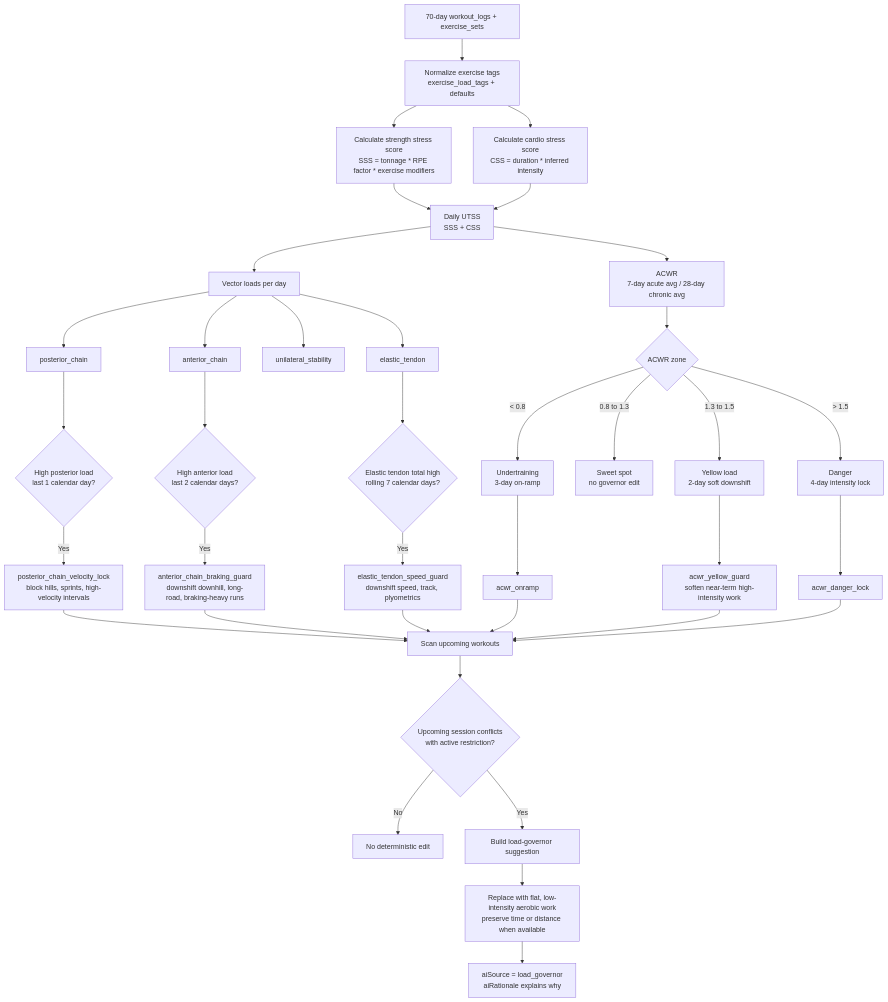
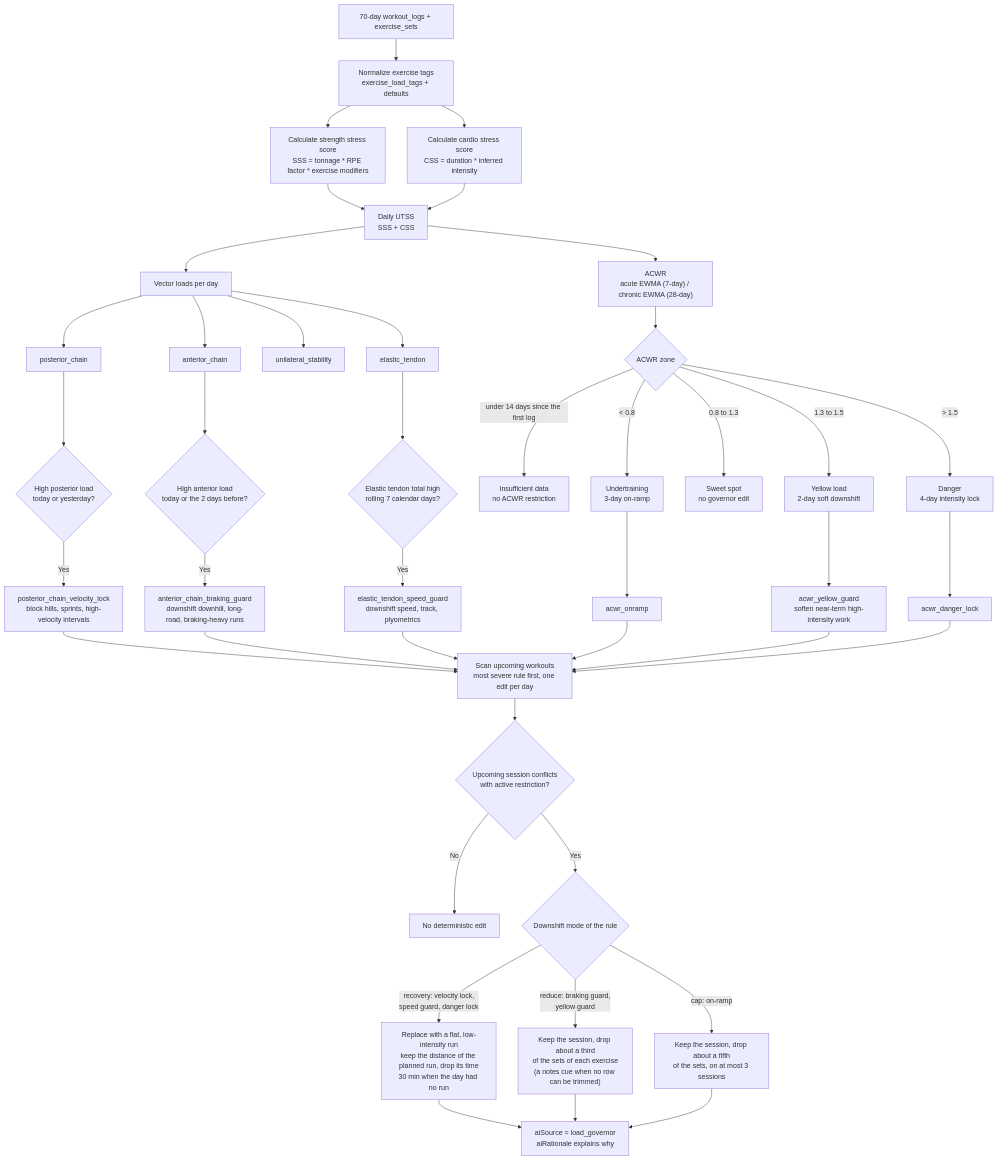
Before and after one commit to daler91/Hyrox-Companion: the third of 5 diagrams in docs/ai-coach-auto-regulation-flow.md, drawn with Mermaid. The commit also changed other lines of this file and 5 other files, not shown here.

First line of the commit message:
Docs: weekly-review spec, auto-regulation flow and mobile docs, deep-pass checkpoint

````diff
--- a/docs/ai-coach-auto-regulation-flow.md
+++ b/docs/ai-coach-auto-regulation-flow.md
@@ -162,49 +173,54 @@
 ```mermaid
 flowchart TD
     A["70-day workout_logs + exercise_sets"] --> B["Normalize exercise tags<br/>exercise_load_tags + defaults"]
 
     B --> C["Calculate strength stress score<br/>SSS = tonnage * RPE factor * exercise modifiers"]
     B --> D["Calculate cardio stress score<br/>CSS = duration * inferred intensity"]
 
     C --> E["Daily UTSS<br/>SSS + CSS"]
     D --> E
 
     E --> F["Vector loads per day"]
     F --> F1["posterior_chain"]
     F --> F2["anterior_chain"]
     F --> F3["unilateral_stability"]
     F --> F4["elastic_tendon"]
 
-    E --> G["ACWR<br/>7-day acute avg / 28-day chronic avg"]
+    E --> G["ACWR<br/>acute EWMA (7-day) / chronic EWMA (28-day)"]
     G --> H{"ACWR zone"}
+    H -- "under 14 days since the first log" --> H0["Insufficient data<br/>no ACWR restriction"]
     H -- "< 0.8" --> H1["Undertraining<br/>3-day on-ramp"]
     H -- "0.8 to 1.3" --> H2["Sweet spot<br/>no governor edit"]
     H -- "1.3 to 1.5" --> H3["Yellow load<br/>2-day soft downshift"]
     H -- "> 1.5" --> H4["Danger<br/>4-day intensity lock"]
 
-    F1 --> I1{"High posterior load<br/>last 1 calendar day?"}
+    F1 --> I1{"High posterior load<br/>today or yesterday?"}
     I1 -- "Yes" --> R1["posterior_chain_velocity_lock<br/>block hills, sprints, high-velocity intervals"]
 
-    F2 --> I2{"High anterior load<br/>last 2 calendar days?"}
+    F2 --> I2{"High anterior load<br/>today or the 2 days before?"}
     I2 -- "Yes" --> R2["anterior_chain_braking_guard<br/>downshift downhill, long-road, braking-heavy runs"]
 
     F4 --> I3{"Elastic tendon total high<br/>rolling 7 calendar days?"}
     I3 -- "Yes" --> R3["elastic_tendon_speed_guard<br/>downshift speed, track, plyometrics"]
 
     H1 --> R4["acwr_onramp"]
     H3 --> R5["acwr_yellow_guard<br/>soften near-term high-intensity work"]
     H4 --> R6["acwr_danger_lock"]
 
-    R1 --> S["Scan upcoming workouts"]
+    R1 --> S["Scan upcoming workouts<br/>most severe rule first, one edit per day"]
     R2 --> S
     R3 --> S
     R4 --> S
     R5 --> S
     R6 --> S
 
     S --> T{"Upcoming session conflicts<br/>with active restriction?"}
     T -- "No" --> U["No deterministic edit"]
-    T -- "Yes" --> V["Build load-governor suggestion"]
-    V --> W["Replace with flat, low-intensity aerobic work<br/>preserve time or distance when available"]
-    W --> X["aiSource = load_governor<br/>aiRationale explains why"]
+    T -- "Yes" --> V{"Downshift mode of the rule"}
+    V -- "recovery: velocity lock,<br/>speed guard, danger lock" --> W1["Replace with a flat, low-intensity run<br/>keep the distance of the planned run, drop its time<br/>30 min when the day had no run"]
+    V -- "reduce: braking guard,<br/>yellow guard" --> W2["Keep the session, drop about a third<br/>of the sets of each exercise<br/>(a notes cue when no row can be trimmed)"]
+    V -- "cap: on-ramp" --> W3["Keep the session, drop about a fifth<br/>of the sets, on at most 3 sessions"]
+    W1 --> X["aiSource = load_governor<br/>aiRationale explains why"]
+    W2 --> X
+    W3 --> X
 ```
````
